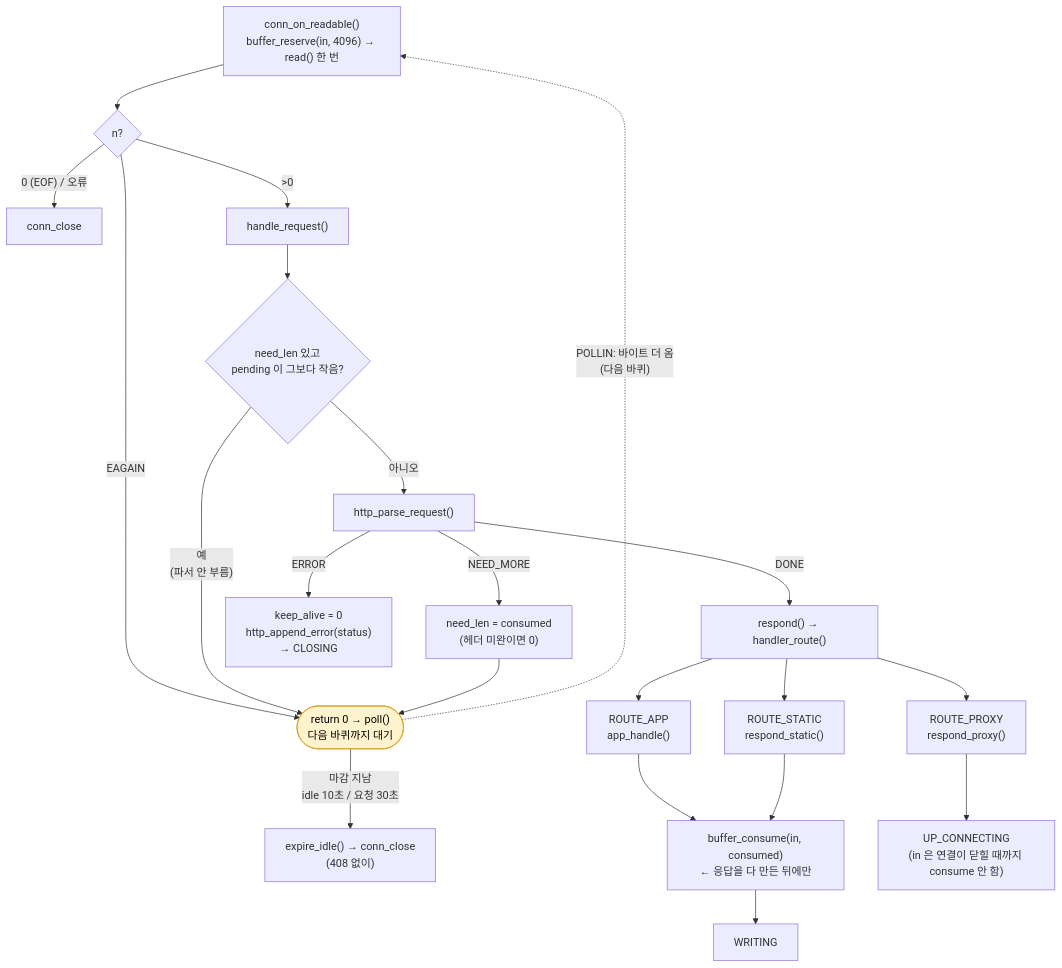
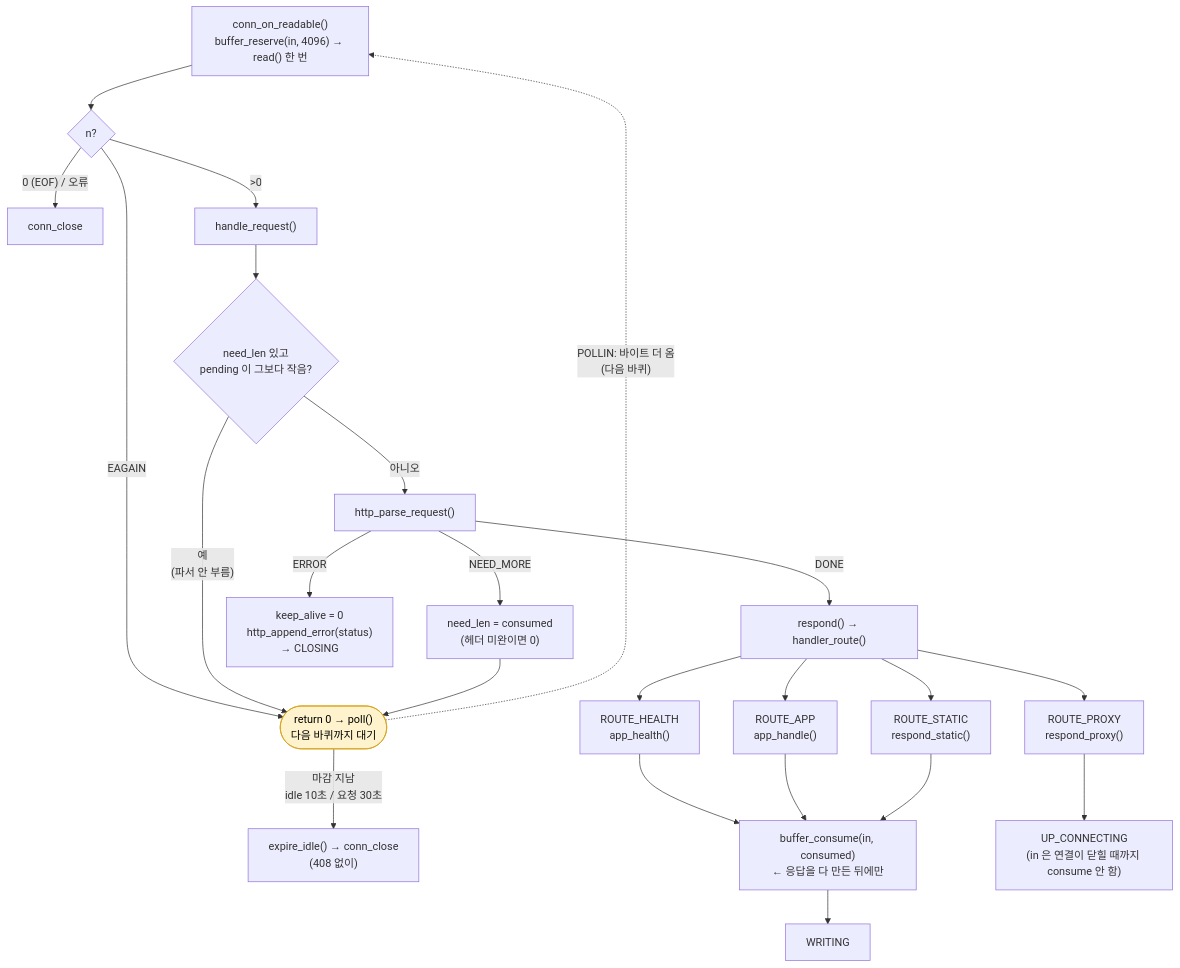
The third of 6 diagrams in docs/architecture.md (stereokkh/jungle-webserver), drawn with Mermaid before and after one commit. The commit also changed other lines of this file and 3 other files, not shown here.

````diff
--- a/docs/architecture.md
+++ b/docs/architecture.md
@@ -153,23 +153,25 @@
 ```mermaid
 flowchart TD
     R["conn_on_readable()<br/>buffer_reserve(in, 4096) → read() 한 번"] --> R0{"n?"}
     R0 -->|"0 (EOF) / 오류"| CL["conn_close"]
     R0 -->|">0"| H["handle_request()"]
     R0 -->|EAGAIN| WAIT
     H --> N{"need_len 있고<br/>pending 이 그보다 작음?"}
     N -->|"예<br/>(파서 안 부름)"| WAIT
     N -->|아니오| P["http_parse_request()"]
     P -->|NEED_MORE| NM["need_len = consumed<br/>(헤더 미완이면 0)"] --> WAIT
     WAIT(["return 0 → poll()<br/>다음 바퀴까지 대기"]) -.->|"POLLIN: 바이트 더 옴<br/>(다음 바퀴)"| R
     WAIT -->|"마감 지남<br/>idle 10초 / 요청 30초"| TO["expire_idle() → conn_close<br/>(408 없이)"]
     P -->|DONE| RS["respond() → handler_route()"]
     P -->|ERROR| ER["keep_alive = 0<br/>http_append_error(status)<br/>→ CLOSING"]
+    RS --> HZ["ROUTE_HEALTH<br/>app_health()"]
     RS --> PX["ROUTE_PROXY<br/>respond_proxy()"]
     RS --> AP["ROUTE_APP<br/>app_handle()"]
     RS --> ST["ROUTE_STATIC<br/>respond_static()"]
+    HZ --> C
     AP --> C["buffer_consume(in, consumed)<br/>← 응답을 다 만든 뒤에만"]
     ST --> C
     C --> W["WRITING"]
     PX --> UC["UP_CONNECTING<br/>(in 은 연결이 닫힐 때까지 consume 안 함)"]
     style WAIT fill:#fff3cd,stroke:#d4a017,color:#000
 ```
````
